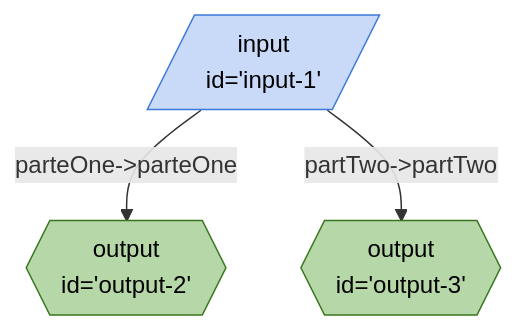
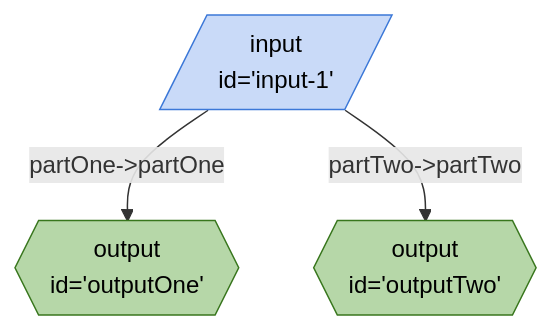
The diagram in samples/Breadboard Walkthrough/output/multiple-outputs.ts.md (GoogleChromeLabs/breadboard-samples), drawn with Mermaid before and after one commit. The commit also changed other lines of this file and 13 other files, not shown here.

````diff
--- a/samples/Breadboard Walkthrough/output/multiple-outputs.ts.md
+++ b/samples/Breadboard Walkthrough/output/multiple-outputs.ts.md
@@ -3,14 +4,14 @@
 ```mermaid
 %%{init: 'themeVariables': { 'fontFamily': 'Fira Code, monospace' }}%%
 graph TD;
-input1[/"input <br> id='input-1'"/]:::input -- "parteOne->parteOne" --> output2{{"output <br> id='output-2'"}}:::output
-input1[/"input <br> id='input-1'"/]:::input -- "partTwo->partTwo" --> output3{{"output <br> id='output-3'"}}:::output
+input1[/"input <br> id='input-1'"/]:::input -- "partOne->partOne" --> outputOne{{"output <br> id='outputOne'"}}:::output
+input1[/"input <br> id='input-1'"/]:::input -- "partTwo->partTwo" --> outputTwo{{"output <br> id='outputTwo'"}}:::output
 classDef default stroke:#ffab40,fill:#fff2ccff,color:#000
 classDef input stroke:#3c78d8,fill:#c9daf8ff,color:#000
 classDef output stroke:#38761d,fill:#b6d7a8ff,color:#000
 classDef passthrough stroke:#a64d79,fill:#ead1dcff,color:#000
 classDef slot stroke:#a64d79,fill:#ead1dcff,color:#000
 classDef config stroke:#a64d79,fill:#ead1dcff,color:#000
 classDef secrets stroke:#db4437,fill:#f4cccc,color:#000
 classDef slotted stroke:#a64d79
 ```
````
